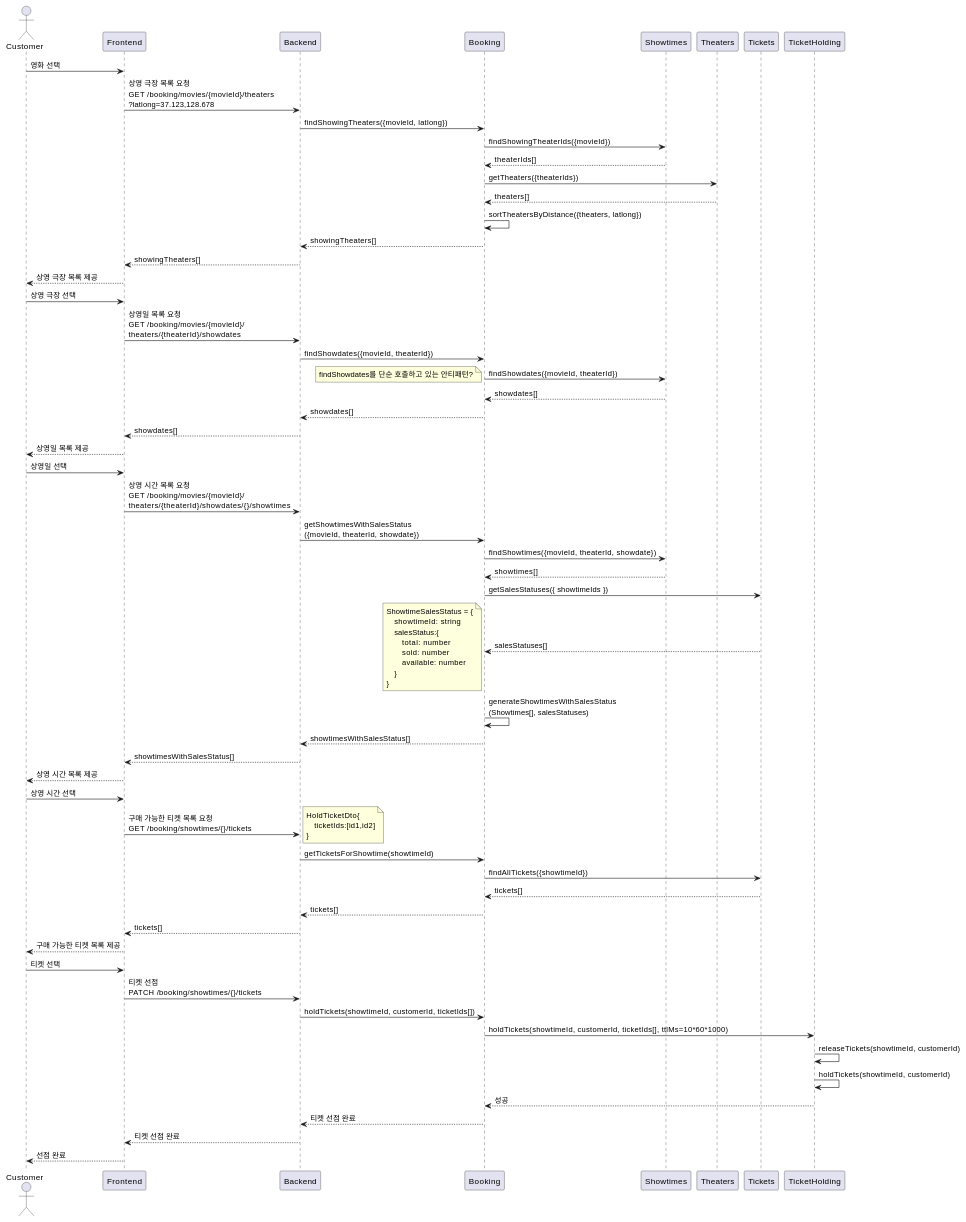
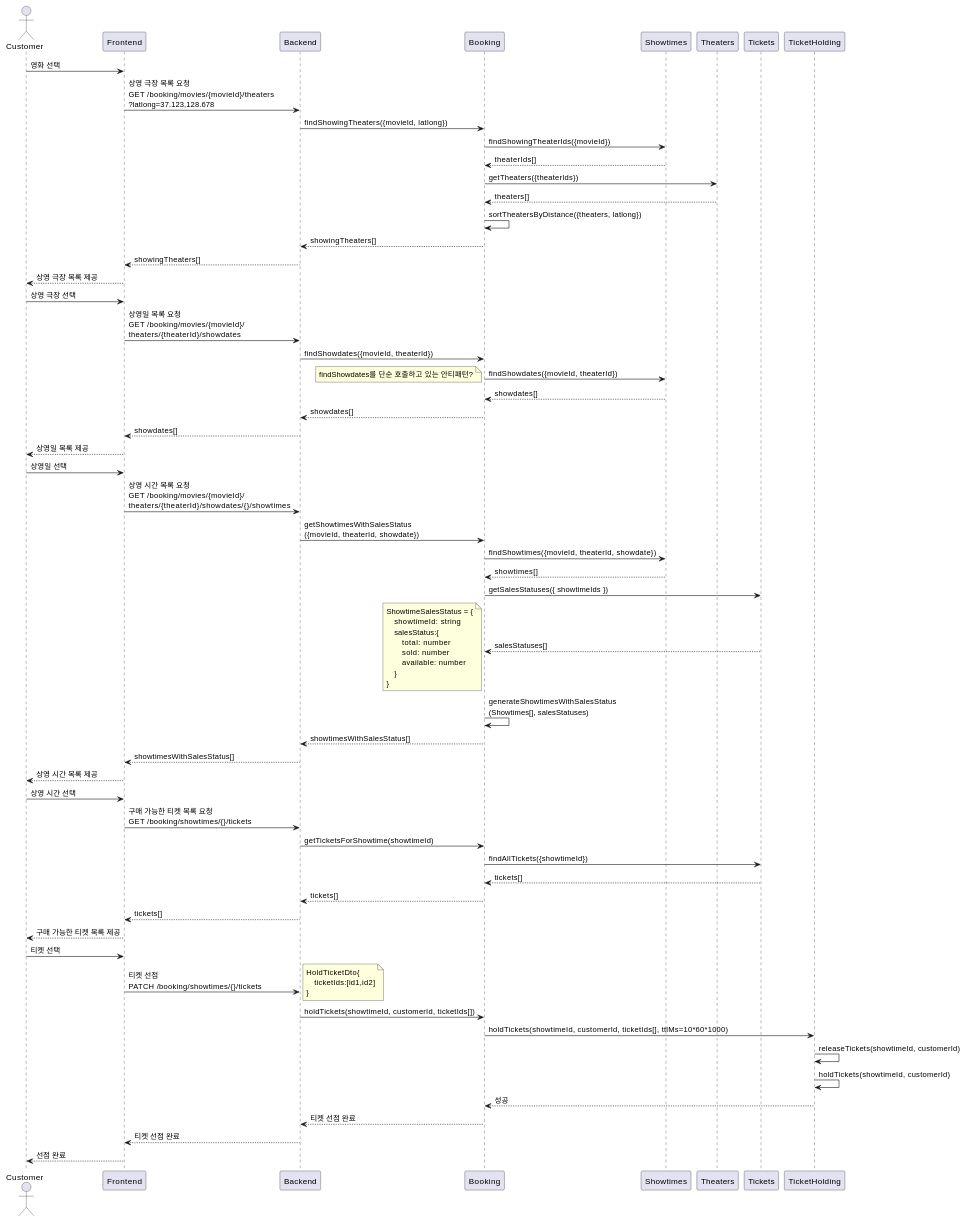
Before and after one commit to mannercode/nest-seed: the second of 3 diagrams in docs/tickets-purchase.md, drawn with PlantUML. The commit also changed 33 other files, not shown here.

````diff
--- a/docs/tickets-purchase.md
+++ b/docs/tickets-purchase.md
@@ -106,76 +106,76 @@
 ```plantuml
 @startuml
 actor Customer
 
 Customer -> Frontend: 영화 선택
     Frontend -> Backend: 상영 극장 목록 요청\nGET /booking/movies/{movieId}/theaters\n?latlong=37.123,128.678
         Backend -> Booking: findShowingTheaters({movieId, latlong})
             Booking -> Showtimes: findShowingTheaterIds({movieId})
             Booking <-- Showtimes: theaterIds[]
             Booking -> Theaters: getTheaters({theaterIds})
             Booking <-- Theaters: theaters[]
             Booking -> Booking: sortTheatersByDistance({theaters, latlong})
         Backend <-- Booking: showingTheaters[]
     Frontend <-- Backend: showingTheaters[]
 Customer <-- Frontend: 상영 극장 목록 제공
 
 Customer -> Frontend: 상영 극장 선택
     Frontend -> Backend: 상영일 목록 요청\nGET /booking/movies/{movieId}/\ntheaters/{theaterId}/showdates
         Backend -> Booking: findShowdates({movieId, theaterId})
             Booking -> Showtimes: findShowdates({movieId, theaterId})
                 note left
                 findShowdates를 단순 호출하고 있는 안티패턴?
                 end note
             Booking <-- Showtimes: showdates[]
         Backend <-- Booking: showdates[]
     Frontend <-- Backend: showdates[]
 Customer <-- Frontend: 상영일 목록 제공
 
 Customer -> Frontend: 상영일 선택
     Frontend -> Backend: 상영 시간 목록 요청\nGET /booking/movies/{movieId}/\ntheaters/{theaterId}/showdates/{}/showtimes
         Backend -> Booking: getShowtimesWithSalesStatus\n({movieId, theaterId, showdate})
             Booking -> Showtimes: findShowtimes({movieId, theaterId, showdate})
             Booking <-- Showtimes: showtimes[]
             Booking -> Tickets: getSalesStatuses({ showtimeIds })
             Booking <-- Tickets: salesStatuses[]
             note left
             ShowtimeSalesStatus = {
                 showtimeId: string
                 salesStatus:{
                     total: number
                     sold: number
                     available: number
                 }
             }
             end note
             Booking -> Booking: generateShowtimesWithSalesStatus\n(Showtimes[], salesStatuses)
         Backend <-- Booking: showtimesWithSalesStatus[]
     Frontend <-- Backend: showtimesWithSalesStatus[]
 Customer <-- Frontend: 상영 시간 목록 제공
 
 Customer -> Frontend: 상영 시간 선택
     Frontend -> Backend: 구매 가능한 티켓 목록 요청\nGET /booking/showtimes/{}/tickets
-    note right
-        HoldTicketDto{
-            ticketIds:[id1,id2]
-        }
-    end note
         Backend -> Booking: getTicketsForShowtime(showtimeId)
             Booking -> Tickets: findAllTickets({showtimeId})
             Booking <-- Tickets: tickets[]
         Backend <-- Booking: tickets[]
     Frontend <-- Backend: tickets[]
 Customer <-- Frontend: 구매 가능한 티켓 목록 제공
 
 Customer -> Frontend: 티켓 선택
     Frontend -> Backend: 티켓 선점\nPATCH /booking/showtimes/{}/tickets
+        note right
+            HoldTicketDto{
+                ticketIds:[id1,id2]
+            }
+        end note
         Backend -> Booking: holdTickets(showtimeId, customerId, ticketIds[])
             Booking -> TicketHolding: holdTickets(showtimeId, customerId, ticketIds[], ttlMs=10*60*1000)
                 TicketHolding -> TicketHolding: releaseTickets(showtimeId, customerId)
                 TicketHolding -> TicketHolding: holdTickets(showtimeId, customerId)
             Booking <-- TicketHolding: 성공
         Backend <-- Booking: 티켓 선점 완료
     Frontend <-- Backend: 티켓 선점 완료
 Customer <-- Frontend: 선점 완료
 @enduml
 ```
````
